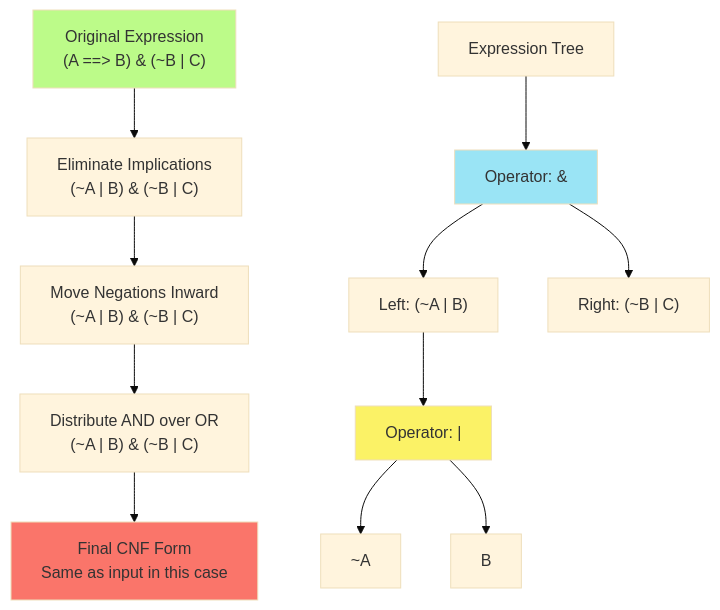
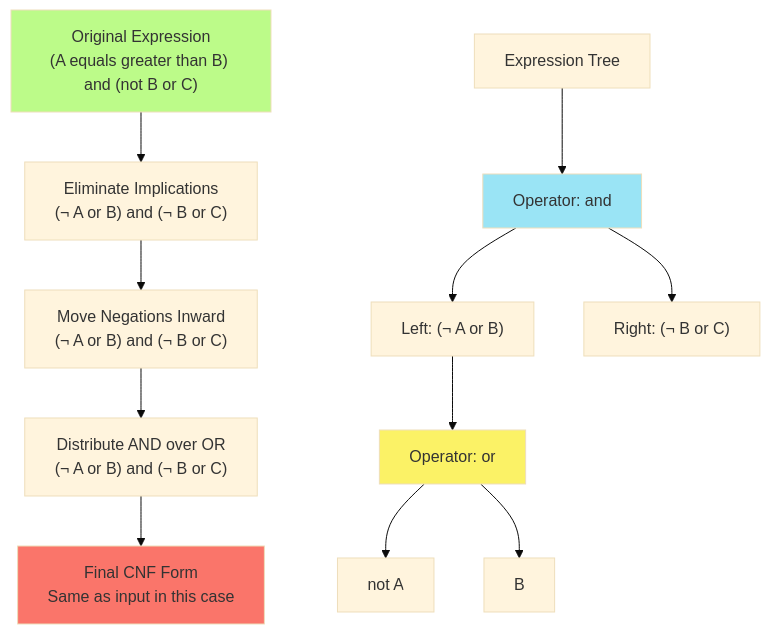
Before and after one commit to Chaklader/progression-search-agent: the fourth of 10 diagrams in C_3.md, drawn with Mermaid (base theme). The commit also changed other lines of this file, not shown here.

Commit message:
The commit is successful

````diff
--- a/C_3.md
+++ b/C_3.md
@@ -437,19 +437,19 @@
 ```mermaid
 flowchart TD
-    A["Original Expression<br>(A ==> B) & (~B | C)"] --> B["Eliminate Implications<br>(~A | B) & (~B | C)"]
-    B --> C["Move Negations Inward<br>(~A | B) & (~B | C)"]
-    C --> D["Distribute AND over OR<br>(~A | B) & (~B | C)"]
+    A["Original Expression<br>(A equals greater than B) and (not B or C)"] --> B["Eliminate Implications<br>(¬ A or B) and (¬ B or C)"]
+    B --> C["Move Negations Inward<br>(¬ A or B) and (¬ B or C)"]
+    C --> D["Distribute AND over OR<br>(¬ A or B) and (¬ B or C)"]
     D --> E["Final CNF Form<br>Same as input in this case"]
 
-    F["Expression Tree"] --> G["Operator: &"]
-    G --> H["Left: (~A | B)"]
-    G --> I["Right: (~B | C)"]
-    H --> J["Operator: |"]
-    J --> K["~A"]
+    F["Expression Tree"] --> G["Operator: and"]
+    G --> H["Left: (¬ A or B)"]
+    G --> I["Right: (¬ B or C)"]
+    H --> J["Operator: or"]
+    J --> K["not A"]
     J --> L["B"]
 
     style A fill:#BCFB89
     style E fill:#FA756A
     style G fill:#9AE4F5
     style J fill:#FBF266
 ```
````
